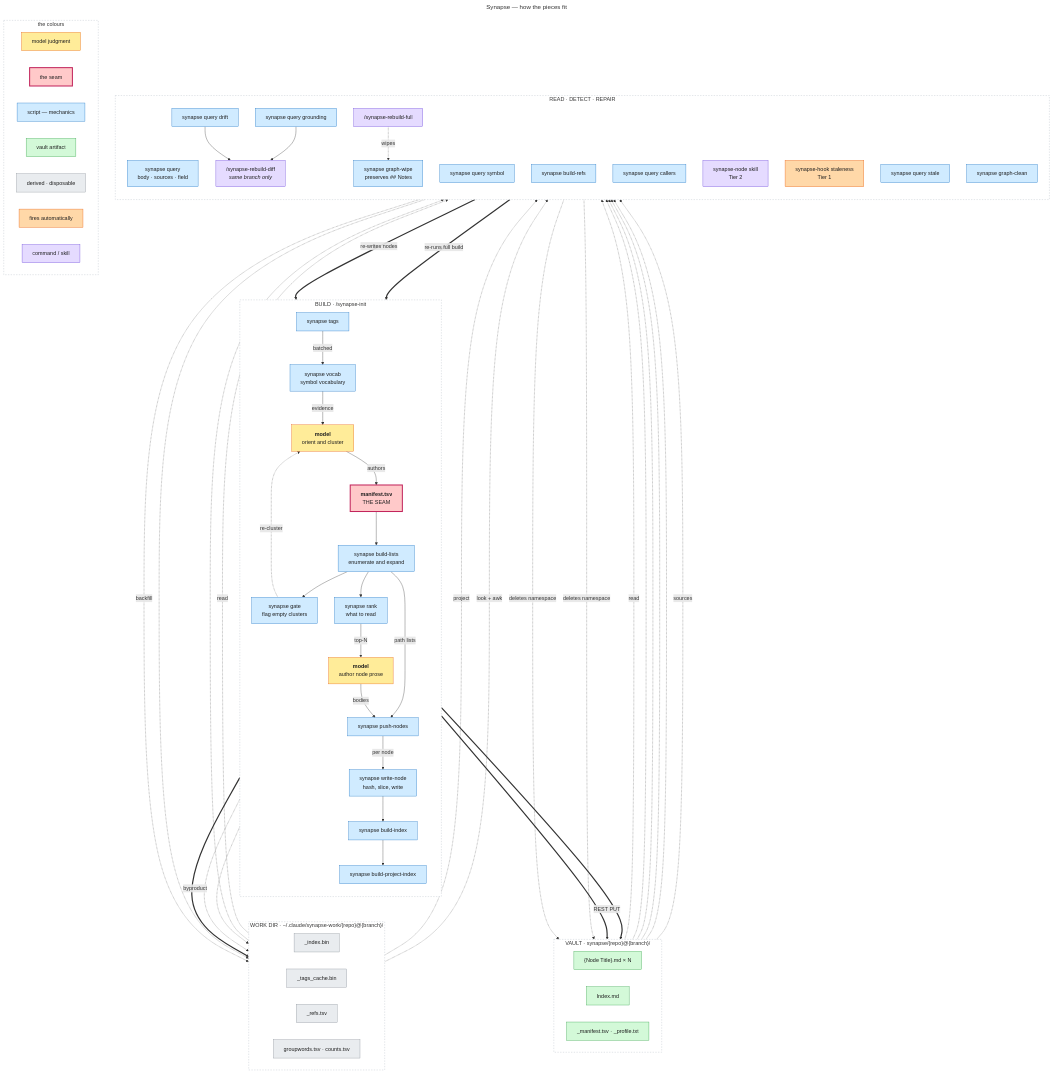
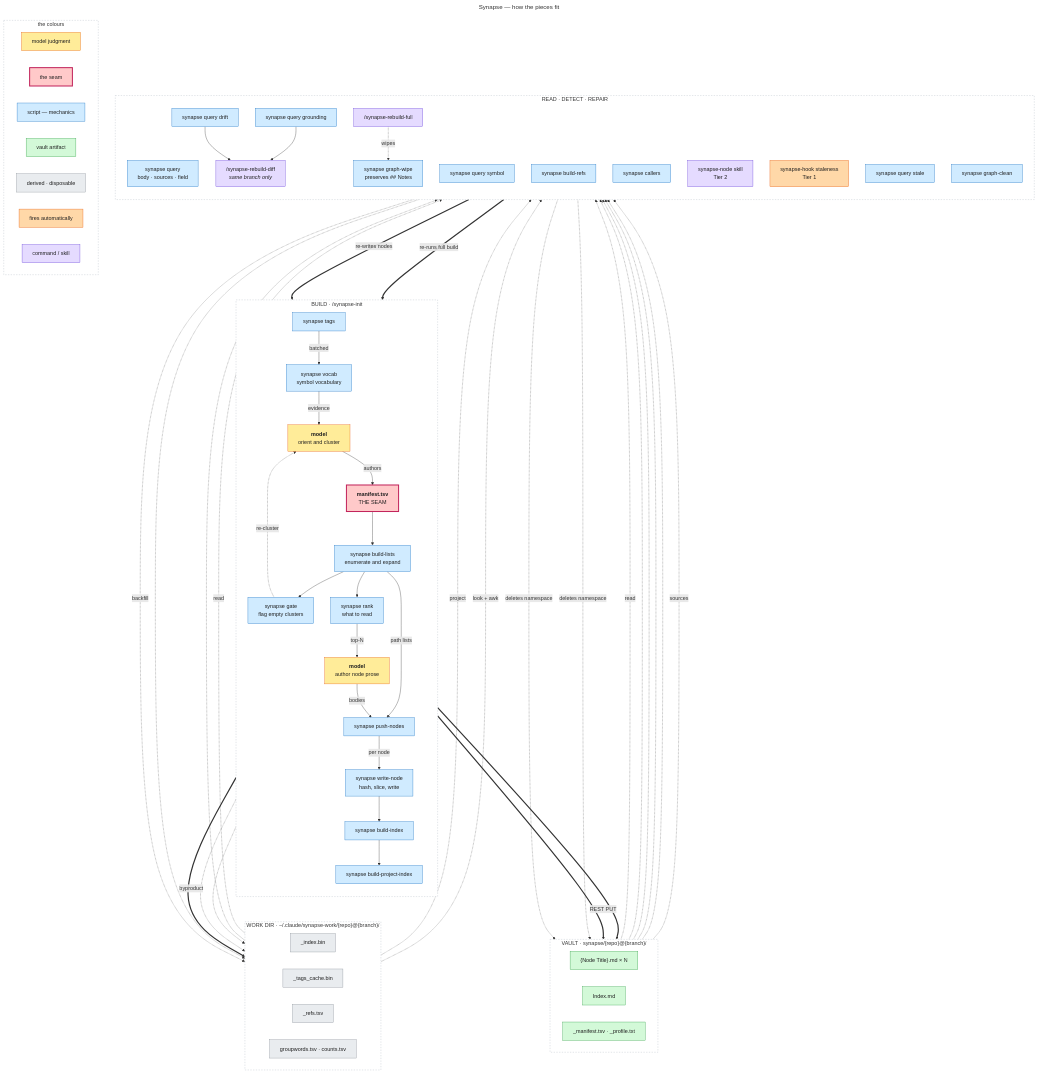
The diagram in docs/diagrams/synapse-pipeline.mmd (imunitic/synapse), drawn with Mermaid before and after one commit. The commit also changed 10 other files, not shown here.

First line of the commit message:
docs(skills): two binaries, and `callers` is not under `query`

```diff
--- a/docs/diagrams/synapse-pipeline.mmd
+++ b/docs/diagrams/synapse-pipeline.mmd
@@ -1,154 +1,154 @@
 ---
 title: Synapse — how the pieces fit
 ---
 %% Colour carries the lane: what the MODEL judges, what a SCRIPT executes, what
 %% lands in the VAULT, and what is merely DERIVED into the work dir. Subgraphs
 %% carry the phase.
 %% --
 %% Read the yellow boxes' arrows in both directions and the whole design is
 %% there. Blue enters yellow twice -- vocabulary into clustering, ranked files
 %% into authoring -- and that is the evidence a judgment is made over, derived
 %% mechanically rather than gathered by hand. Yellow leaves for blue twice --
 %% manifest.tsv and the authored bodies -- and that is the seam, the only place
 %% interpretation is handed back to the scripts. Everything else is mechanical.
 %% --
 %% Boxes carry NAMES, not descriptions. What each one actually does lives in the
 %% reference table under this diagram in docs/synapse-graph.md. A box holding four
 %% lines of mechanism is a paragraph in a rectangle: it cannot be read at a glance,
 %% which is the only thing a diagram is better at than prose. Keep labels to a name
 %% plus at most a three-word role, and put the detail in the table.
 %% --
 %% Separator lines are `%% --`, never a bare `%%`: an empty comment swallows the
 %% following newline, so the next line is parsed glued onto it -- a bare `%%`
 %% directly above `flowchart TB` fails with "Parse error on line 1: %%flowchart".
 flowchart TB
     classDef model fill:#ffec99,stroke:#e8590c,color:#1e1e1e
     classDef seam fill:#ffc9c9,stroke:#c2255c,color:#1e1e1e,stroke-width:3px
     classDef script fill:#d0ebff,stroke:#1971c2,color:#1e1e1e
     classDef vault fill:#d3f9d8,stroke:#2f9e44,color:#1e1e1e
     classDef work fill:#e9ecef,stroke:#868e96,color:#1e1e1e
     classDef hook fill:#ffd8a8,stroke:#e8590c,color:#1e1e1e
     classDef cmd fill:#e5dbff,stroke:#6741d9,color:#1e1e1e
 
     subgraph BUILD["BUILD · /synapse-init"]
         direction TB
         TAGS["synapse tags"]
         VOCAB["synapse vocab<br/>symbol vocabulary"]
         ORIENT["<b>model</b><br/>orient and cluster"]
         MANIFEST["<b>manifest.tsv</b><br/>THE SEAM"]
         LISTS["synapse build-lists<br/>enumerate and expand"]
         GATE["synapse gate<br/>flag empty clusters"]
         RANK["synapse rank<br/>what to read"]
         PROSE["<b>model</b><br/>author node prose"]
         PUSH["synapse push-nodes"]
         WRITE["synapse write-node<br/>hash, slice, write"]
         IDX["synapse build-index"]
         PIDX["synapse build-project-index"]
 
         TAGS -->|"batched"| VOCAB
         VOCAB -->|"evidence"| ORIENT
         ORIENT -->|"authors"| MANIFEST
         MANIFEST --> LISTS
         LISTS --> GATE
         GATE -.->|"re-cluster"| ORIENT
         LISTS --> RANK
         RANK -->|"top-N"| PROSE
         LISTS -->|"path lists"| PUSH
         PROSE -->|"bodies"| PUSH
         PUSH -->|"per node"| WRITE
         WRITE --> IDX --> PIDX
     end
 
     subgraph VAULT["VAULT · synapse/{repo}@{branch}/"]
         direction LR
         NODE["{Node Title}.md × N"]
         INDEX["Index.md"]
         AUX["_manifest.tsv · _profile.txt"]
     end
 
     subgraph WORK["WORK DIR · ~/.claude/synapse-work/{repo}@{branch}/"]
         direction LR
         IDXBIN["_index.bin"]
         TAGSCACHE["_tags_cache.bin"]
         REFSIDX["_refs.tsv"]
         WORDS["groupwords.tsv · counts.tsv"]
     end
 
     WRITE ==>|"REST PUT"| NODE
     IDX ==> IDXBIN
     PIDX ==> INDEX
     WRITE -.->|"byproduct"| TAGSCACHE
     VOCAB -.-> WORDS
 
     subgraph USE["READ · DETECT · REPAIR"]
         direction TB
         QUERY["synapse query<br/>body · sources · field"]
         SYMBOL["synapse query symbol"]
         REFS["synapse build-refs"]
-        CALLERS["synapse query callers"]
+        CALLERS["synapse callers"]
         NODESKILL["synapse-node skill<br/>Tier 2"]
         STALE1["synapse-hook staleness<br/>Tier 1"]
         STALE2["synapse query stale"]
         DRIFT["synapse query drift"]
         GROUND["synapse query grounding"]
         REBUILDDIFF["/synapse-rebuild-diff<br/><i>same branch only</i>"]
         REBUILDFULL["/synapse-rebuild-full"]
         CLEAN["synapse graph-clean"]
         WIPE["synapse graph-wipe<br/>preserves ## Notes"]
 
         DRIFT --> REBUILDDIFF
         GROUND --> REBUILDDIFF
         REBUILDFULL -.->|"wipes"| WIPE
     end
 
     NODE -.->|"read"| QUERY
     NODE -.-> NODESKILL
     IDXBIN -.-> STALE1
     NODE -.-> STALE2
     NODE -.-> DRIFT
     NODE -.-> GROUND
     NODE -.->|"sources"| SYMBOL
     TAGSCACHE -.->|"read"| SYMBOL
     SYMBOL -.->|"backfill"| TAGSCACHE
     TAGSCACHE -.->|"project"| REFS
     REFS -.-> REFSIDX
     REFSIDX -.->|"look + awk"| CALLERS
     REBUILDDIFF ==>|"re-writes nodes"| WRITE
     REBUILDFULL ==>|"re-runs full build"| BUILD
     CLEAN -.->|"deletes namespace"| NODE
     WIPE -.->|"deletes namespace"| NODE
 
     class ORIENT,PROSE model
     class MANIFEST seam
     class LISTS,PUSH,WRITE,IDX,PIDX,TAGS,VOCAB,GATE,RANK,QUERY,SYMBOL,REFS,CALLERS,STALE2,DRIFT,GROUND,CLEAN,WIPE script
     class NODE,INDEX,AUX vault
     class IDXBIN,TAGSCACHE,REFSIDX,WORDS work
     class STALE1 hook
     class REBUILDDIFF,REBUILDFULL,NODESKILL cmd
 
     subgraph KEY["the colours"]
         direction LR
         K1["model judgment"]
         K2["the seam"]
         K3["script — mechanics"]
         K4["vault artifact"]
         K7["derived · disposable"]
         K5["fires automatically"]
         K6["command / skill"]
     end
     class K1 model
     class K2 seam
     class K3 script
     class K4 vault
     class K7 work
     class K5 hook
     class K6 cmd
 
     %% Neutral subgraph fills: the default pale yellow competes with the model
     %% lane's own yellow, and the point of the palette is that the lane is
     %% readable at a glance.
     style BUILD fill:#ffffff,stroke:#adb5bd,stroke-dasharray:4 4
     style VAULT fill:#ffffff,stroke:#adb5bd,stroke-dasharray:4 4
     style WORK fill:#ffffff,stroke:#adb5bd,stroke-dasharray:4 4
     style USE fill:#ffffff,stroke:#adb5bd,stroke-dasharray:4 4
     style KEY fill:#ffffff,stroke:#adb5bd,stroke-dasharray:4 4
```
